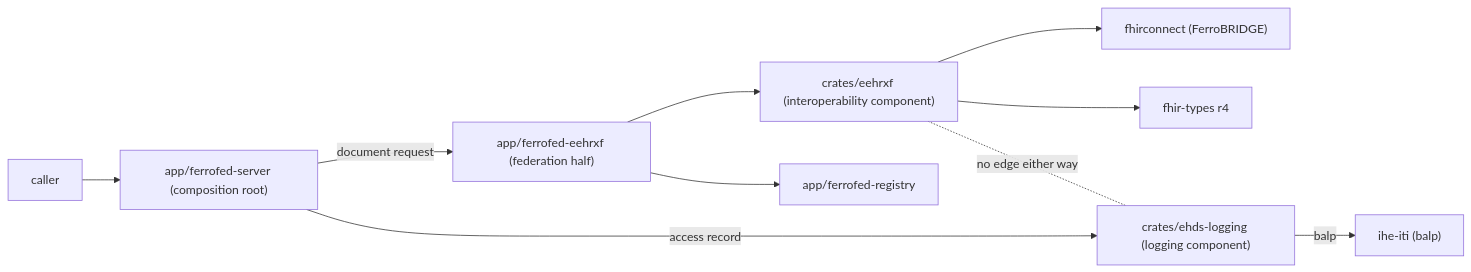
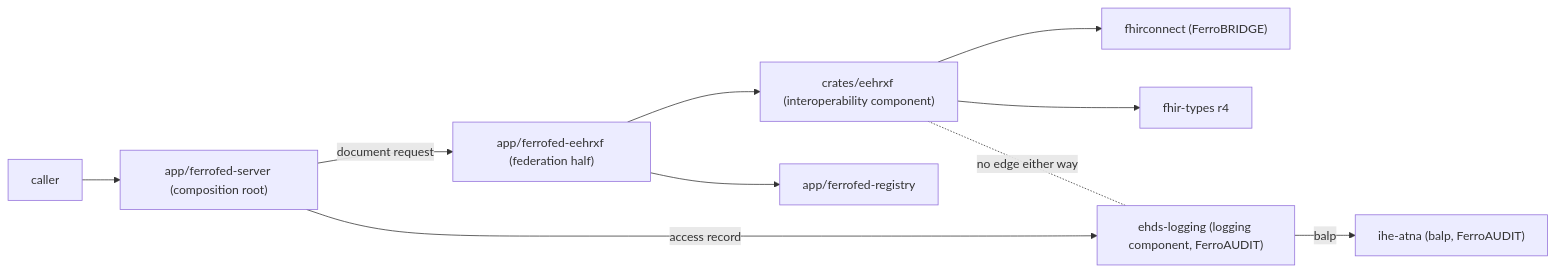
The fourth of 5 diagrams in docs/architecture.md (FerroHEALTH/FerroFED), drawn with Mermaid before and after one commit. The commit also changed other lines of this file and 97 other files, not shown here.

First line of the commit message:
refactor: depend on the published ihe-atna and ehds-logging

````diff
--- a/docs/architecture.md
+++ b/docs/architecture.md
@@ -2385,12 +2390,12 @@
 ```mermaid
 flowchart LR
     caller["caller"] --> server["app/ferrofed-server (composition root)"]
     server -- "document request" --> glue["app/ferrofed-eehrxf (federation half)"]
     glue --> eehrxf["crates/eehrxf (interoperability component)"]
     glue --> registry["app/ferrofed-registry"]
     eehrxf --> fhirconnect["fhirconnect (FerroBRIDGE)"]
     eehrxf --> fhir["fhir-types r4"]
-    server -- "access record" --> logging["crates/ehds-logging (logging component)"]
-    logging -- balp --> iti["ihe-iti (balp)"]
+    server -- "access record" --> logging["ehds-logging (logging component, FerroAUDIT)"]
+    logging -- balp --> atna["ihe-atna (balp, FerroAUDIT)"]
     eehrxf -.- |"no edge either way"| logging
 ```
````
